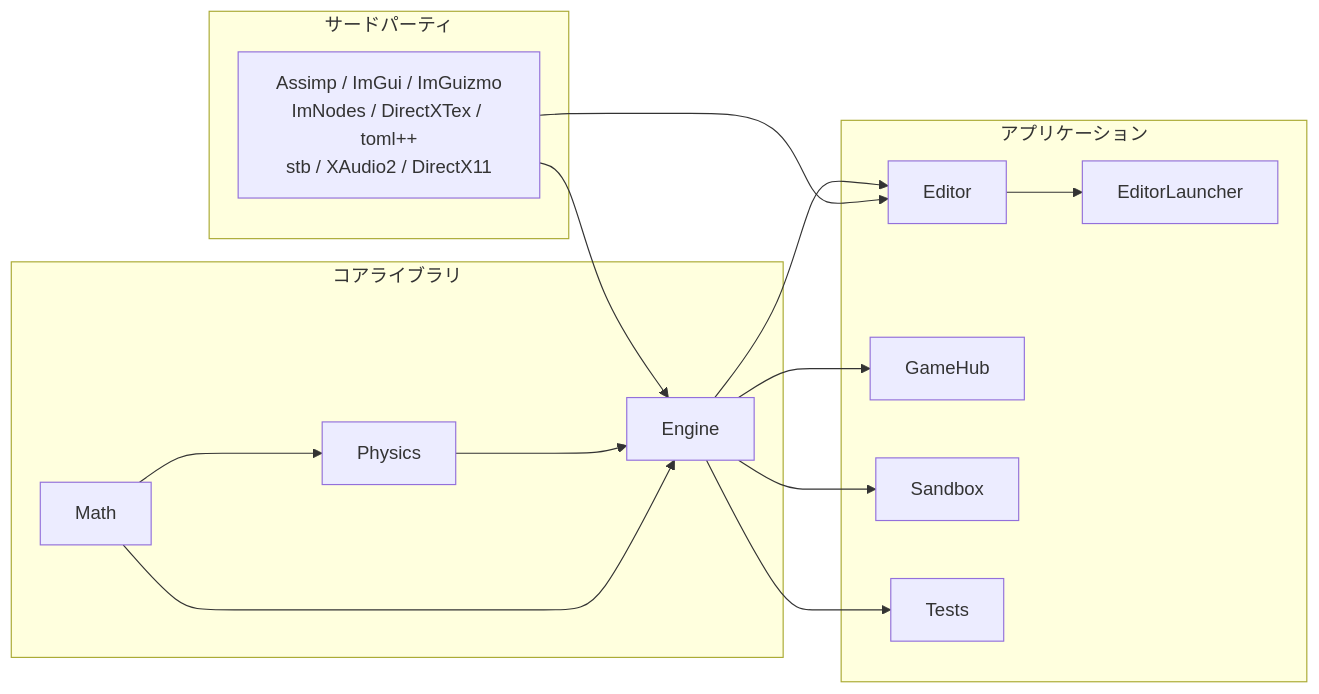
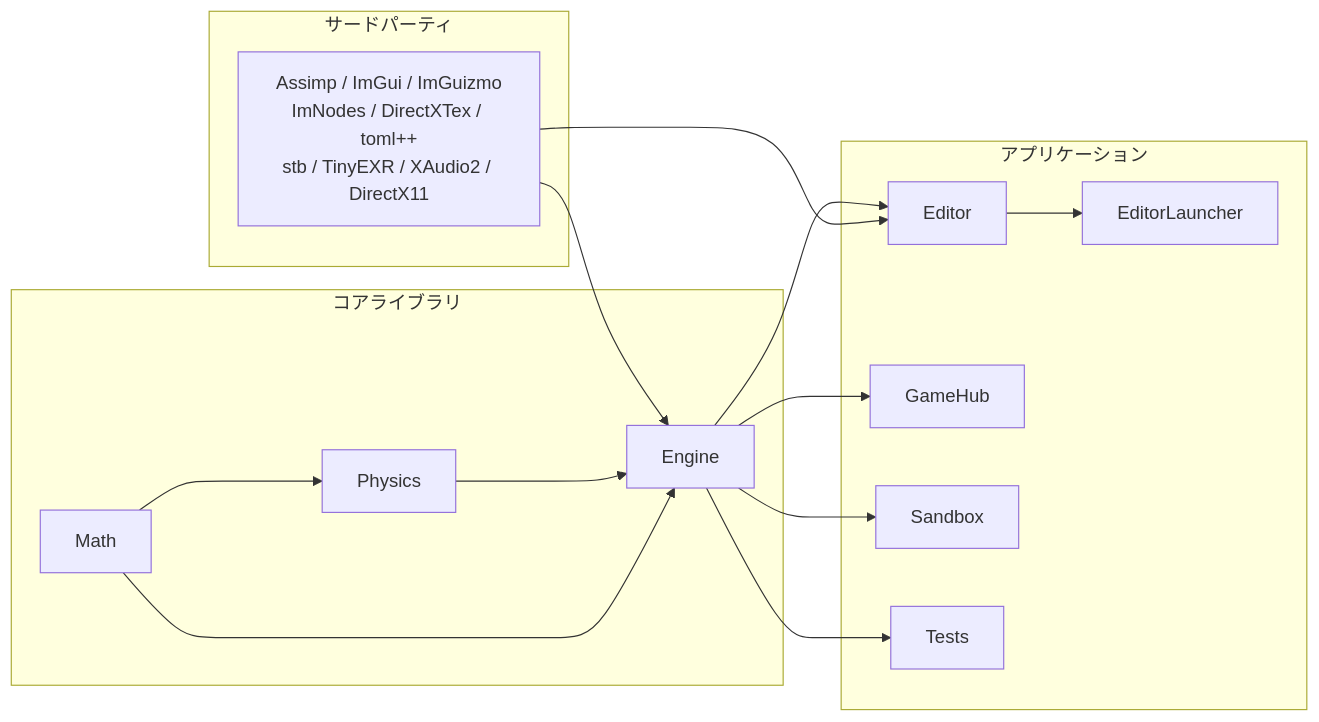
One commit to HasegawaJin/FBZZ_Engine changed the first of 3 diagrams in README.md. Above: the diagram before and after it, drawn with Mermaid. The commit also changed other lines of this file and 4 other files, not shown here.

First line of the commit message:
[Chore] README を最新機能に追随・Docs/architecture を削除

````diff
--- a/README.md
+++ b/README.md
@@ -348,31 +404,31 @@
 ```mermaid
 graph LR
     subgraph サードパーティ
-        TP["Assimp / ImGui / ImGuizmo\nImNodes / DirectXTex / toml++\nstb / XAudio2 / DirectX11"]
+        TP["Assimp / ImGui / ImGuizmo\nImNodes / DirectXTex / toml++\nstb / TinyEXR / XAudio2 / DirectX11"]
     end
 
     subgraph コアライブラリ
         Math
         Physics
         Engine
     end
 
     subgraph アプリケーション
         Editor
         EditorLauncher
         GameHub
         Sandbox
         Tests
     end
 
     Math --> Physics
     Math --> Engine
     Physics --> Engine
     TP --> Engine
     TP --> Editor
     Engine --> Editor
     Engine --> GameHub
     Engine --> Sandbox
     Engine --> Tests
     Editor --> EditorLauncher
 ```
````
